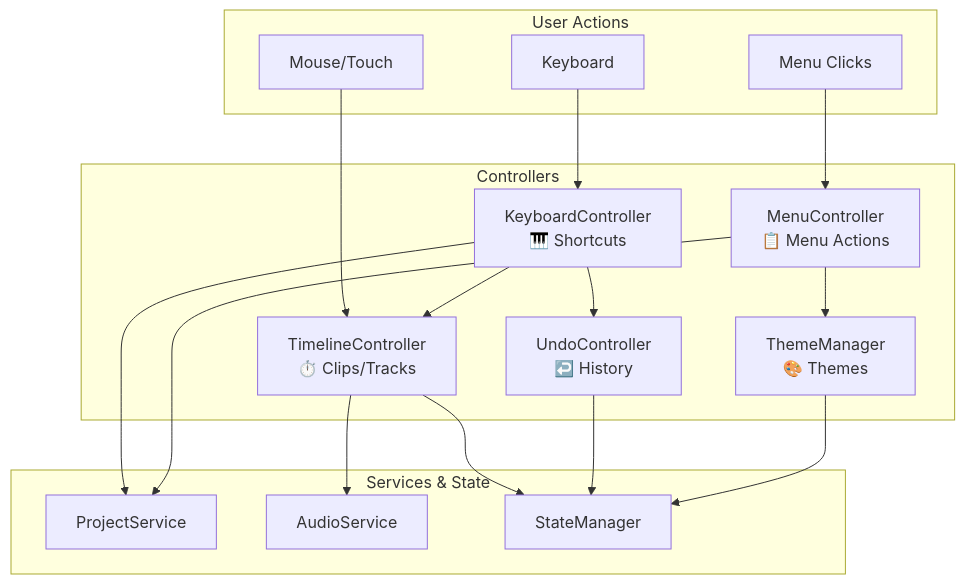
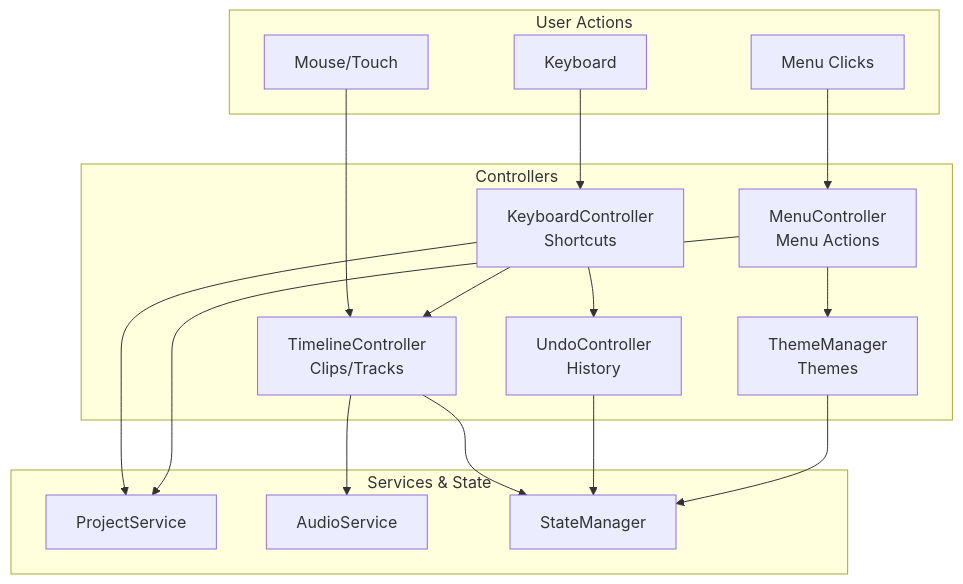
The first of 3 diagrams in docs/class/05-controllers.md (picolume/studio), drawn with Mermaid before and after one commit. The commit also changed other lines of this file and 9 other files, not shown here.

````diff
--- a/docs/class/05-controllers.md
+++ b/docs/class/05-controllers.md
@@ -31,32 +24,32 @@
 ```mermaid
 flowchart TB
     subgraph "User Actions"
         KEY[Keyboard]
         MOUSE[Mouse/Touch]
         MENU[Menu Clicks]
     end
 
     subgraph "Controllers"
-        KC[KeyboardController<br/>🎹 Shortcuts]
-        TC[TimelineController<br/>⏱️ Clips/Tracks]
-        MC[MenuController<br/>📋 Menu Actions]
-        UC[UndoController<br/>↩️ History]
-        TM[ThemeManager<br/>🎨 Themes]
+        KC[KeyboardController<br/>Shortcuts]
+        TC[TimelineController<br/>Clips/Tracks]
+        MC[MenuController<br/>Menu Actions]
+        UC[UndoController<br/>History]
+        TM[ThemeManager<br/>Themes]
     end
 
     subgraph "Services & State"
         PS[ProjectService]
         AS[AudioService]
         SM[StateManager]
     end
 
     KEY --> KC
     MOUSE --> TC
     MENU --> MC
 
     KC --> TC & PS & UC
     TC --> SM & AS
     MC --> PS & TM
     UC --> SM
     TM --> SM
 ```
````
